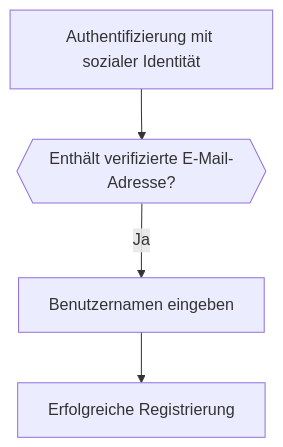
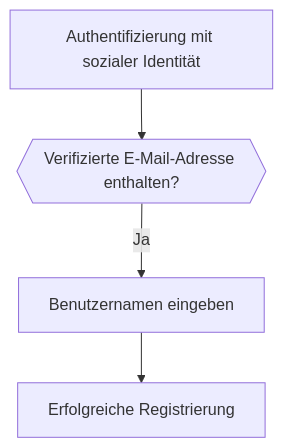
The third of 6 diagrams in i18n/de/docusaurus-plugin-content-docs/current/end-user-flows/sign-up-and-sign-in/social-sign-in.mdx (logto-io/docs), drawn with Mermaid before and after one commit. The commit also changed other lines of this file and 59 other files, not shown here.

````diff
--- a/i18n/de/docusaurus-plugin-content-docs/current/end-user-flows/sign-up-and-sign-in/social-sign-in.mdx
+++ b/i18n/de/docusaurus-plugin-content-docs/current/end-user-flows/sign-up-and-sign-in/social-sign-in.mdx
@@ -135,6 +110,6 @@
    ```mermaid
    flowchart TD
-      A[Authentifizierung mit sozialer Identität] --> B{{Enthält verifizierte E-Mail-Adresse?}}
+      A[Authentifizierung mit sozialer Identität] --> B{{Verifizierte E-Mail-Adresse enthalten?}}
       B -- Ja --> C[Benutzernamen eingeben]
       C --> D[Erfolgreiche Registrierung]
    ```
````
